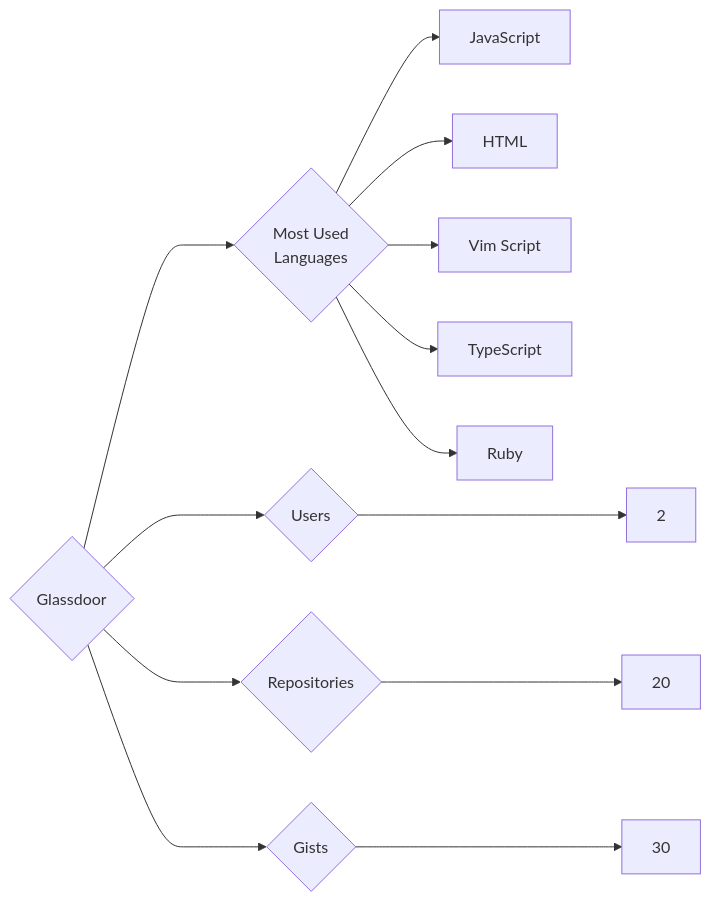
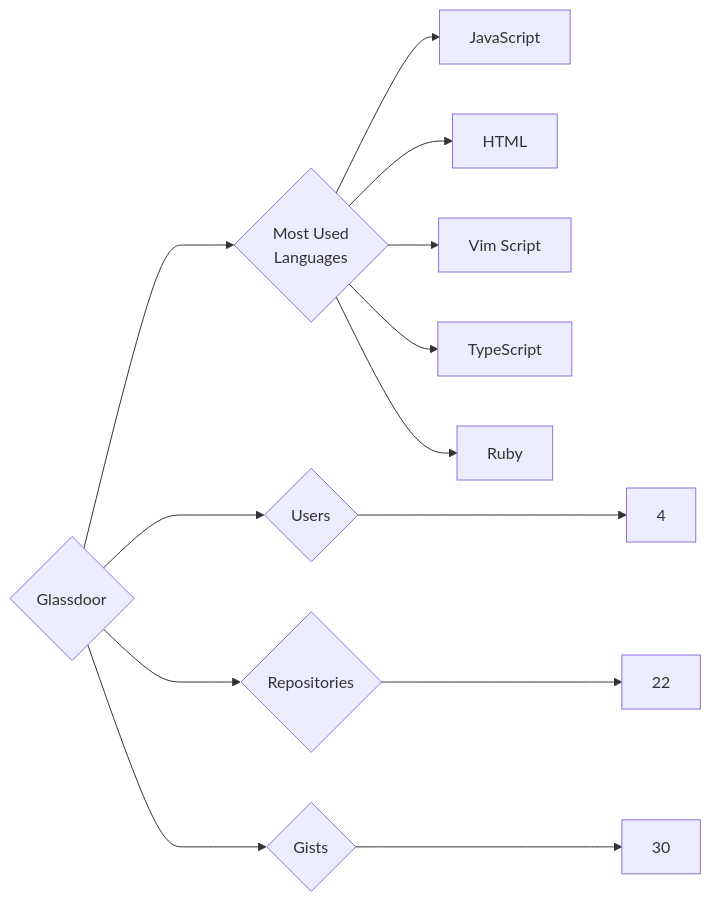
One commit to trickest/insiders changed the diagram in targets/Glassdoor/README.md. Above: the diagram before and after it, drawn with Mermaid. The commit also changed 993 other files, not shown here.

````diff
--- a/targets/Glassdoor/README.md
+++ b/targets/Glassdoor/README.md
@@ -3,13 +3,13 @@
 ```mermaid
 graph LR
 COMPANY_NAME{Glassdoor}
-COMPANY_NAME ---> U{Users} ---> UN[2]
-COMPANY_NAME ---> R{Repositories} ---> RN[20]
+COMPANY_NAME ---> U{Users} ---> UN[4]
+COMPANY_NAME ---> R{Repositories} ---> RN[22]
 COMPANY_NAME ---> G{Gists} ---> GN[30]
 COMPANY_NAME ---> ML{Most Used<br>Languages}
 ML --> JavaScript[JavaScript]
 ML --> HTML[HTML]
 ML --> Vim_Script[Vim Script]
 ML --> TypeScript[TypeScript]
 ML --> Ruby[Ruby]
 ```
````
